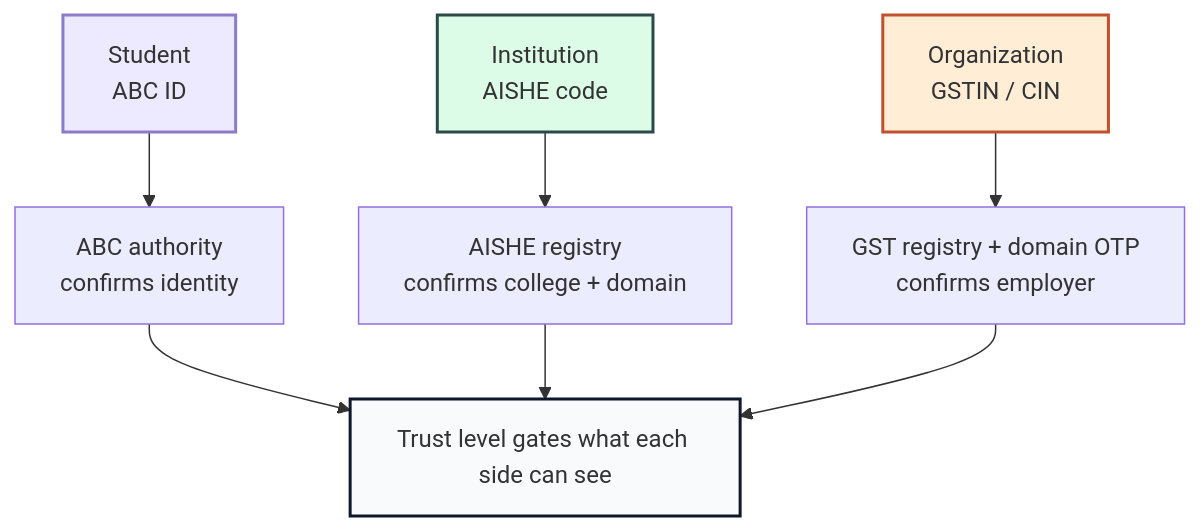
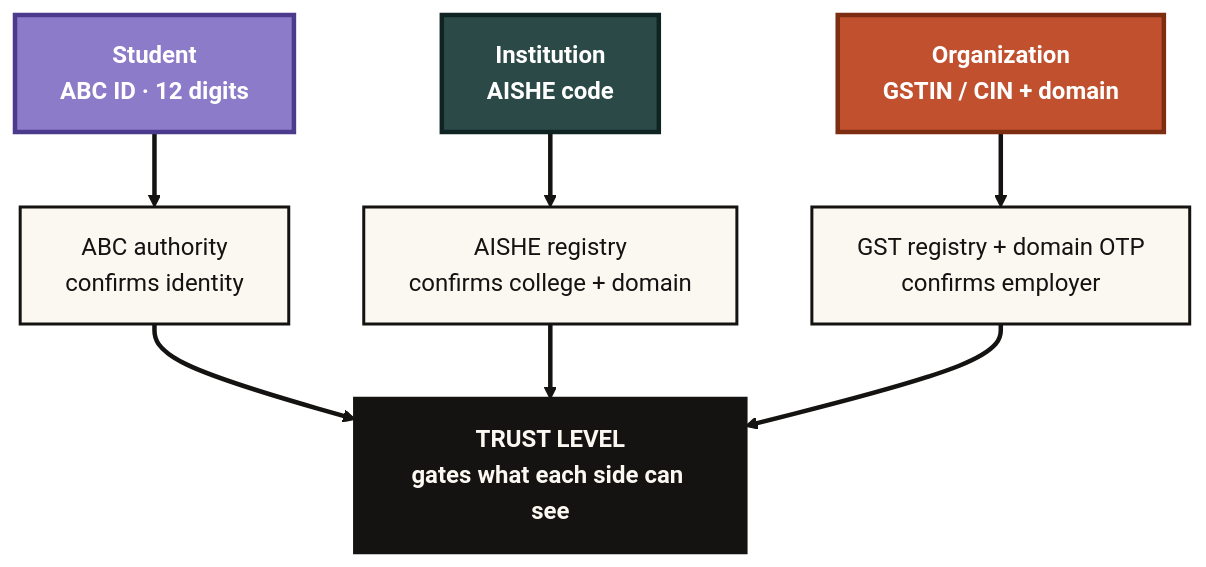
One commit to ayushjha-dev/RISE changed the fourth of 7 diagrams in README.md. Above: the diagram before and after it, drawn with Mermaid. The commit also changed other lines of this file, not shown here.

Commit message:
Make README diagrams high-contrast and attractive

````diff
--- a/README.md
+++ b/README.md
@@ -231,13 +248,25 @@
 ```mermaid
+%%{init: {'theme': 'base', 'themeVariables': {'fontSize': '16px', 'fontFamily': 'Inter, system-ui, sans-serif', 'lineColor': '#141311'}}}%%
 flowchart TB
-    STU["Student<br/>ABC ID"] --> ABC["ABC authority<br/>confirms identity"]
-    INS["Institution<br/>AISHE code"] --> AIS["AISHE registry<br/>confirms college + domain"]
-    ORG["Organization<br/>GSTIN / CIN"] --> GST["GST registry + domain OTP<br/>confirms employer"]
-    ABC --> TRUST["Trust level gates what each side can see"]
+    STU["<b>Student</b><br/>ABC ID · 12 digits"]
+    INS["<b>Institution</b><br/>AISHE code"]
+    ORG["<b>Organization</b><br/>GSTIN / CIN + domain"]
+    ABC["ABC authority<br/>confirms identity"]
+    AIS["AISHE registry<br/>confirms college + domain"]
+    GST["GST registry + domain OTP<br/>confirms employer"]
+    TRUST["TRUST LEVEL<br/>gates what each side can see"]
+    STU --> ABC
+    INS --> AIS
+    ORG --> GST
+    ABC --> TRUST
     AIS --> TRUST
     GST --> TRUST
-    style STU fill:#ede9fe,stroke:#8c7bc9,stroke-width:2px
-    style INS fill:#dcfce7,stroke:#2b4a47,stroke-width:2px
-    style ORG fill:#ffedd5,stroke:#c1502e,stroke-width:2px
-    style TRUST fill:#f8fafc,stroke:#0f172a,stroke-width:2px
+    classDef student fill:#8c7bc9,stroke:#4c3a8c,stroke-width:3px,color:#fff,font-weight:bold;
+    classDef pine fill:#2b4a47,stroke:#0f2422,stroke-width:3px,color:#fff,font-weight:bold;
+    classDef terra fill:#c1502e,stroke:#7c2d12,stroke-width:3px,color:#fff,font-weight:bold;
+    classDef registry fill:#fbf8f2,stroke:#141311,stroke-width:2px,color:#141311;
+    classDef trust fill:#141311,stroke:#141311,stroke-width:3px,color:#fbf8f2,font-weight:bold;
+    class STU student; class INS pine; class ORG terra;
+    class ABC,AIS,GST registry; class TRUST trust;
+    linkStyle 0,1,2,3,4,5 stroke:#141311,stroke-width:3px;
 ```
````
